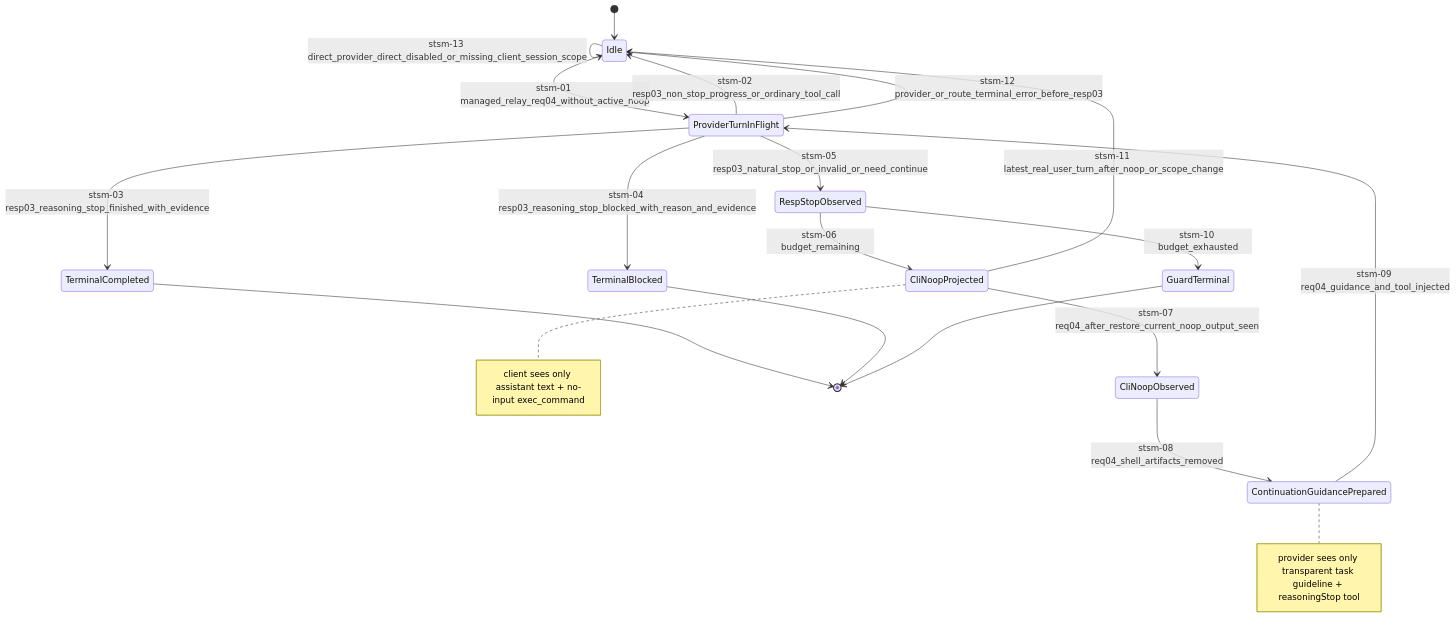
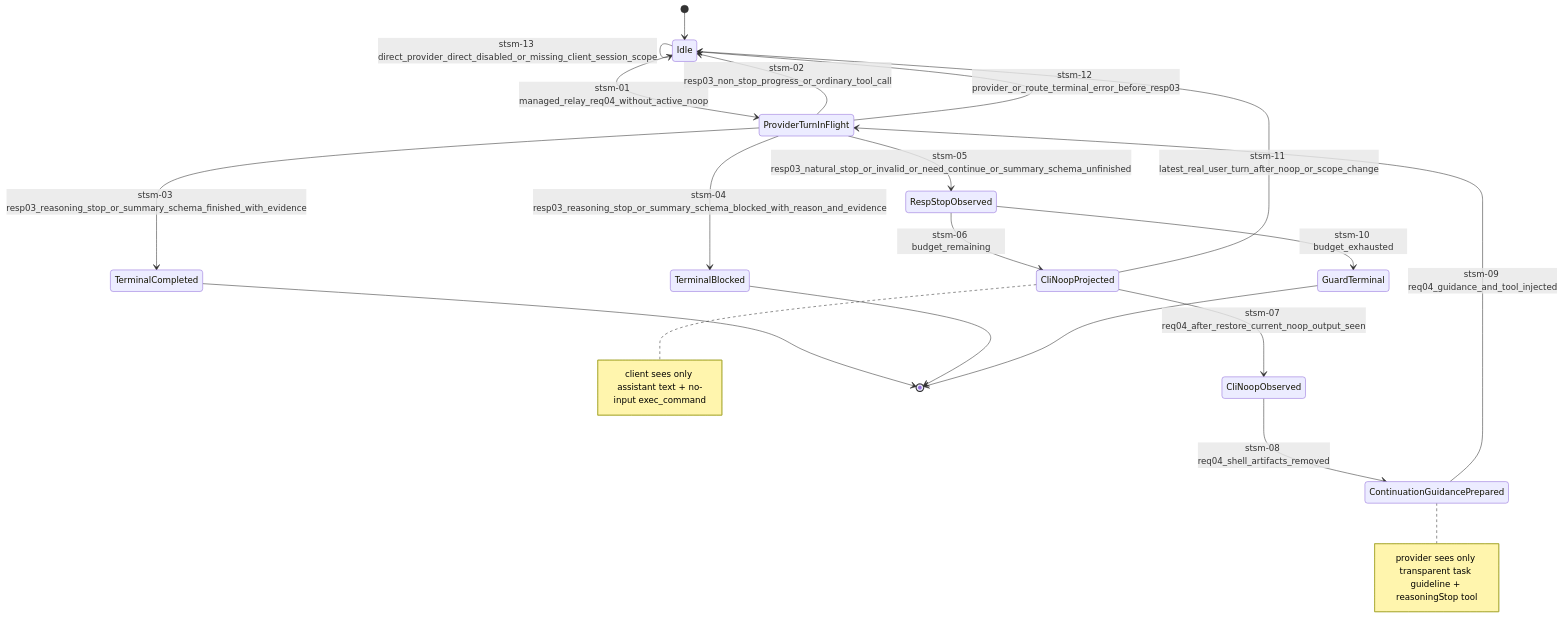
The second of 2 diagrams in docs/architecture/wiki/stopless-session-mainline-source.md (Jasonzhangf/routecodex), drawn with Mermaid before and after one commit. The commit also changed other lines of this file and 37 other files, not shown here.

````diff
--- a/docs/architecture/wiki/stopless-session-mainline-source.md
+++ b/docs/architecture/wiki/stopless-session-mainline-source.md
@@ -50,26 +50,26 @@
 ```mermaid
 stateDiagram-v2
   [*] --> Idle
   Idle --> ProviderTurnInFlight: stsm-01 managed_relay_req04_without_active_noop
   ProviderTurnInFlight --> Idle: stsm-02 resp03_non_stop_progress_or_ordinary_tool_call
-  ProviderTurnInFlight --> TerminalCompleted: stsm-03 resp03_reasoning_stop_finished_with_evidence
-  ProviderTurnInFlight --> TerminalBlocked: stsm-04 resp03_reasoning_stop_blocked_with_reason_and_evidence
-  ProviderTurnInFlight --> RespStopObserved: stsm-05 resp03_natural_stop_or_invalid_or_need_continue
+  ProviderTurnInFlight --> TerminalCompleted: stsm-03 resp03_reasoning_stop_or_summary_schema_finished_with_evidence
+  ProviderTurnInFlight --> TerminalBlocked: stsm-04 resp03_reasoning_stop_or_summary_schema_blocked_with_reason_and_evidence
+  ProviderTurnInFlight --> RespStopObserved: stsm-05 resp03_natural_stop_or_invalid_or_need_continue_or_summary_schema_unfinished
   RespStopObserved --> CliNoopProjected: stsm-06 budget_remaining
   CliNoopProjected --> CliNoopObserved: stsm-07 req04_after_restore_current_noop_output_seen
   CliNoopObserved --> ContinuationGuidancePrepared: stsm-08 req04_shell_artifacts_removed
   ContinuationGuidancePrepared --> ProviderTurnInFlight: stsm-09 req04_guidance_and_tool_injected
   RespStopObserved --> GuardTerminal: stsm-10 budget_exhausted
   CliNoopProjected --> Idle: stsm-11 latest_real_user_turn_after_noop_or_scope_change
   ProviderTurnInFlight --> Idle: stsm-12 provider_or_route_terminal_error_before_resp03
   Idle --> Idle: stsm-13 direct_provider_direct_disabled_or_missing_client_session_scope
   TerminalCompleted --> [*]
   TerminalBlocked --> [*]
   GuardTerminal --> [*]
   note right of CliNoopProjected
     client sees only assistant text + no-input exec_command
   end note
   note right of ContinuationGuidancePrepared
     provider sees only transparent task guideline + reasoningStop tool
   end note
 ```
````
